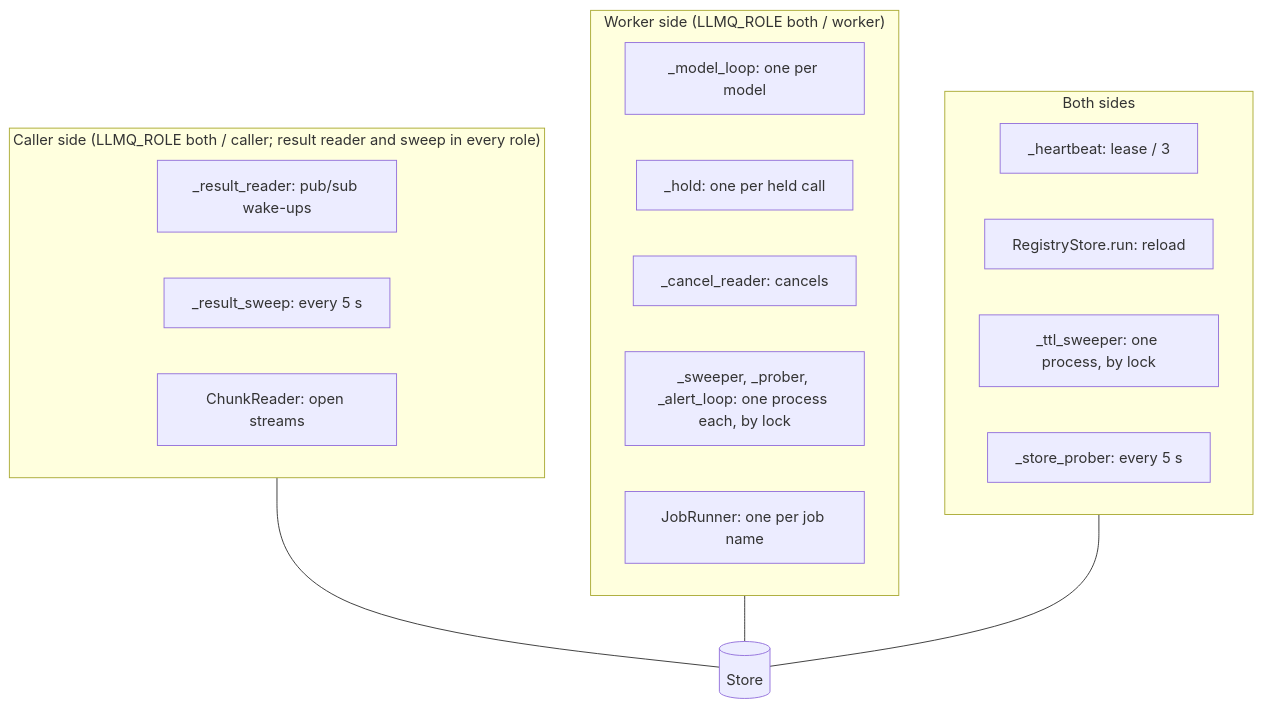
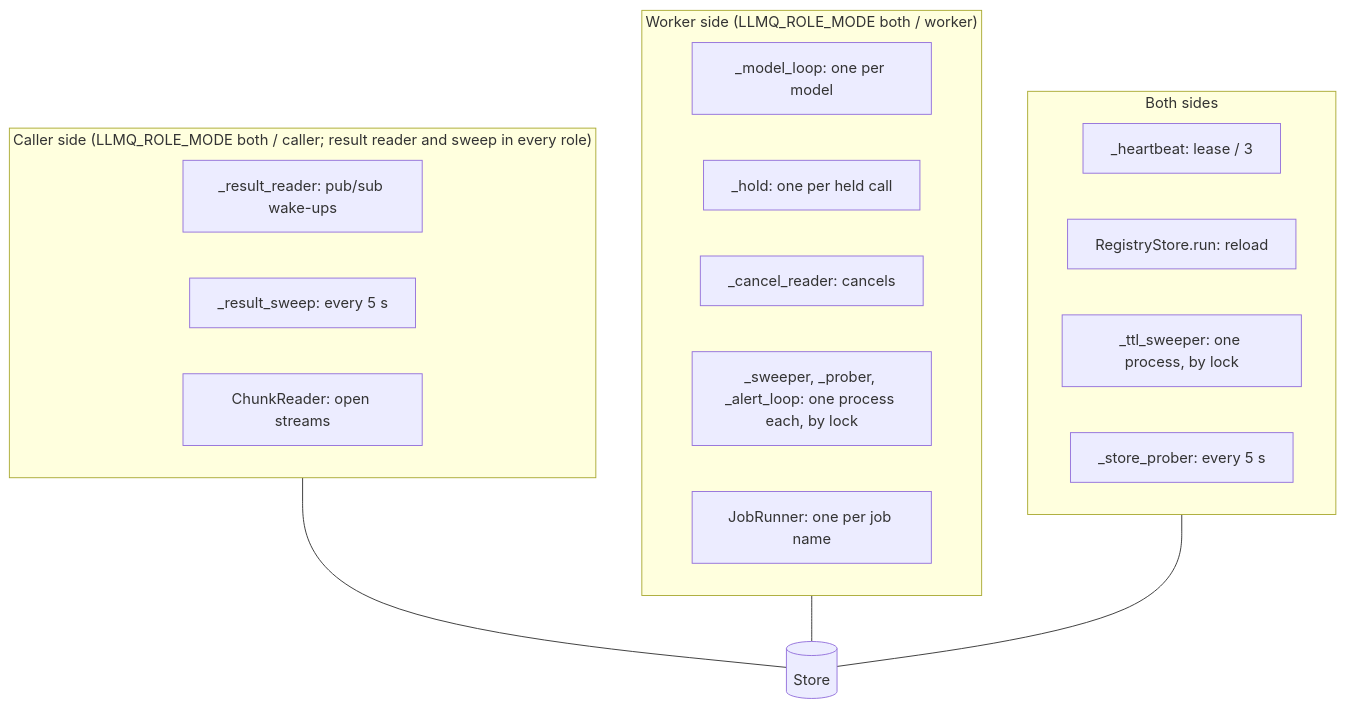
One commit to techiewonk/llm-queue changed the diagram in docs/explanation/background.md. Above: the diagram before and after it, drawn with Mermaid. The commit also changed 64 other files, not shown here.

````diff
--- a/docs/explanation/background.md
+++ b/docs/explanation/background.md
@@ -7,25 +7,25 @@
 ```mermaid
 flowchart TB
-  subgraph caller["Caller side (LLMQ_ROLE both / caller; result reader and sweep in every role)"]
+  subgraph caller["Caller side (LLMQ_ROLE_MODE both / caller; result reader and sweep in every role)"]
     c1["_result_reader: pub/sub wake-ups"]
     c2["_result_sweep: every 5 s"]
     c3["ChunkReader: open streams"]
   end
-  subgraph worker["Worker side (LLMQ_ROLE both / worker)"]
+  subgraph worker["Worker side (LLMQ_ROLE_MODE both / worker)"]
     w1["_model_loop: one per model"]
     w2["_hold: one per held call"]
     w3["_cancel_reader: cancels"]
     w4["_sweeper, _prober, _alert_loop: one process each, by lock"]
     w5["JobRunner: one per job name"]
   end
   subgraph both["Both sides"]
     b1["_heartbeat: lease / 3"]
     b2["RegistryStore.run: reload"]
     b3["_ttl_sweeper: one process, by lock"]
     b4["_store_prober: every 5 s"]
   end
   STORE[("Store")]
   caller --- STORE
   worker --- STORE
   both --- STORE
 ```
````
